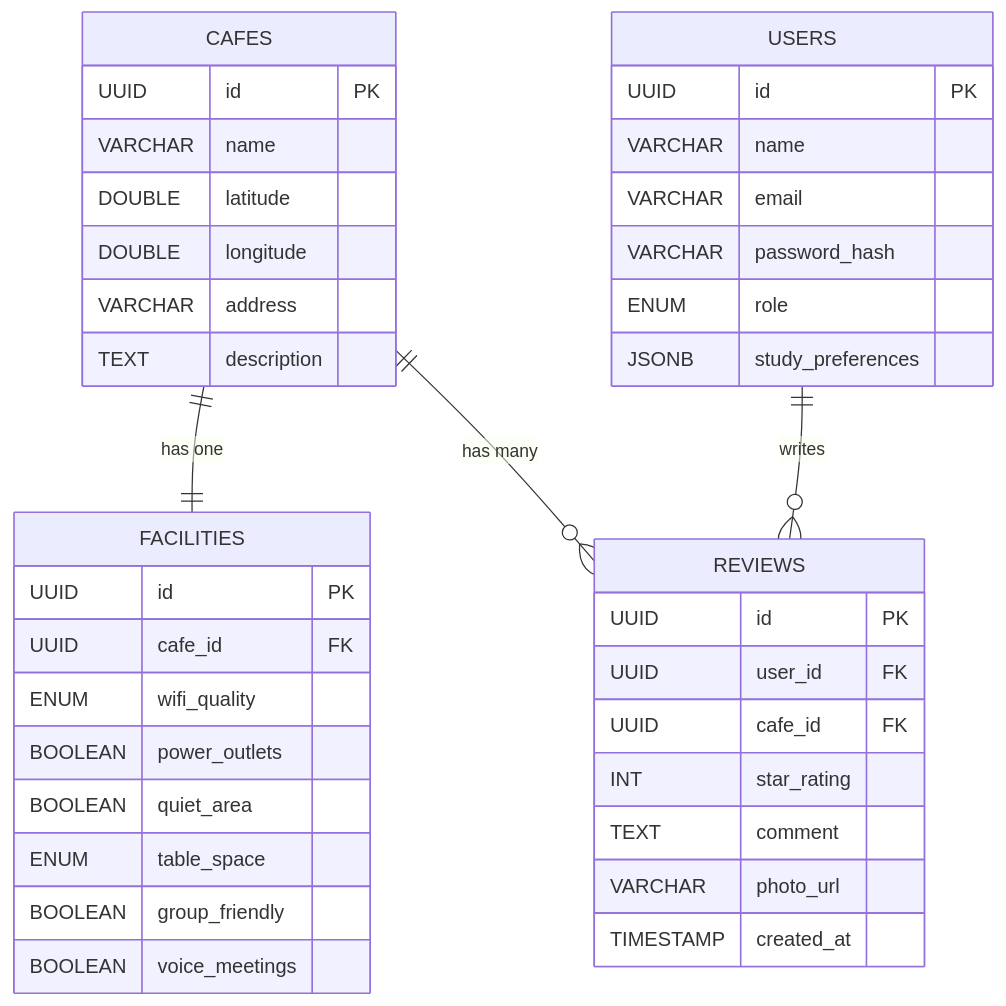
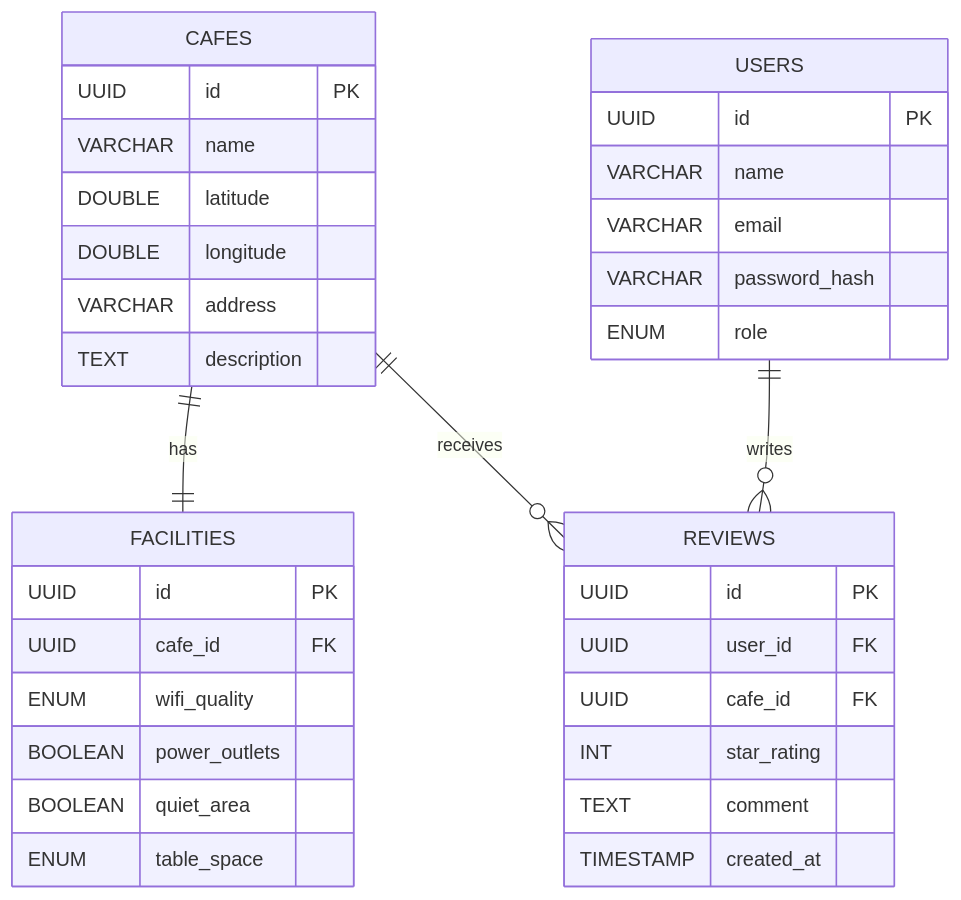
Before and after one commit to CagdsOz/where-to-study: the second of 2 diagrams in README.md, drawn with Mermaid. The commit also changed other lines of this file, not shown here.

````diff
--- a/README.md
+++ b/README.md
@@ -299,42 +78,38 @@
 ```mermaid
 erDiagram
+    CAFES ||--|| FACILITIES : has
+    CAFES ||--o{ REVIEWS : receives
+    USERS ||--o{ REVIEWS : writes
+
     CAFES {
         UUID id PK
         VARCHAR name
         DOUBLE latitude
         DOUBLE longitude
         VARCHAR address
         TEXT description
     }
     FACILITIES {
         UUID id PK
         UUID cafe_id FK
         ENUM wifi_quality
         BOOLEAN power_outlets
         BOOLEAN quiet_area
         ENUM table_space
-        BOOLEAN group_friendly
-        BOOLEAN voice_meetings
+    }
+    USERS {
+        UUID id PK
+        VARCHAR name
+        VARCHAR email
+        VARCHAR password_hash
+        ENUM role
     }
     REVIEWS {
         UUID id PK
         UUID user_id FK
         UUID cafe_id FK
         INT star_rating
         TEXT comment
-        VARCHAR photo_url
         TIMESTAMP created_at
     }
-    USERS {
-        UUID id PK
-        VARCHAR name
-        VARCHAR email
-        VARCHAR password_hash
-        ENUM role
-        JSONB study_preferences
-    }
-
-    CAFES ||--|| FACILITIES : "has one"
-    CAFES ||--o{ REVIEWS : "has many"
-    USERS ||--o{ REVIEWS : "writes"
 ```
````
